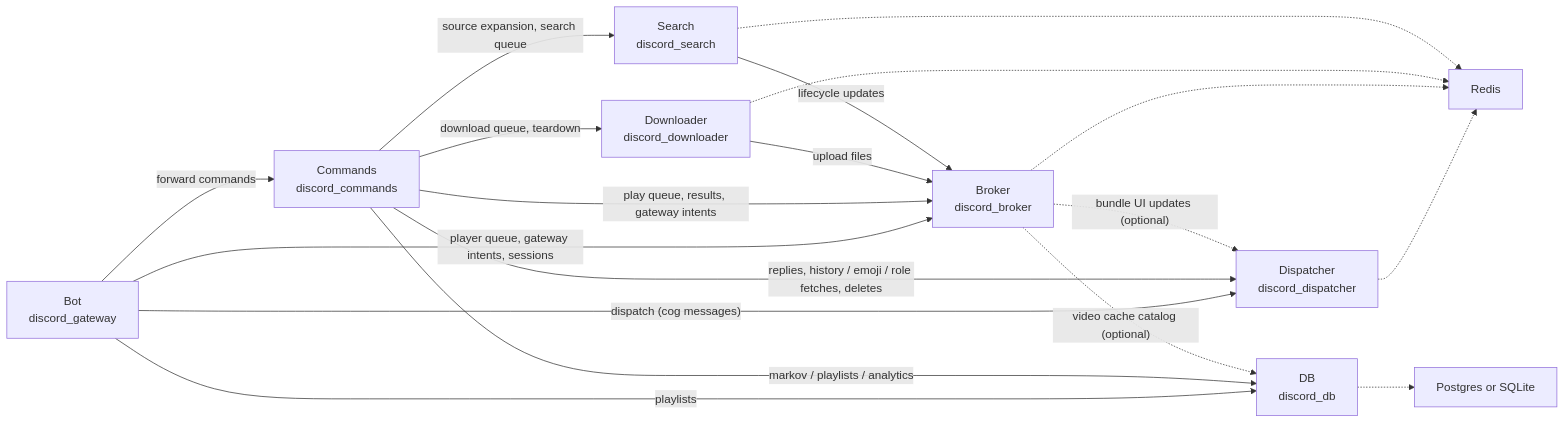
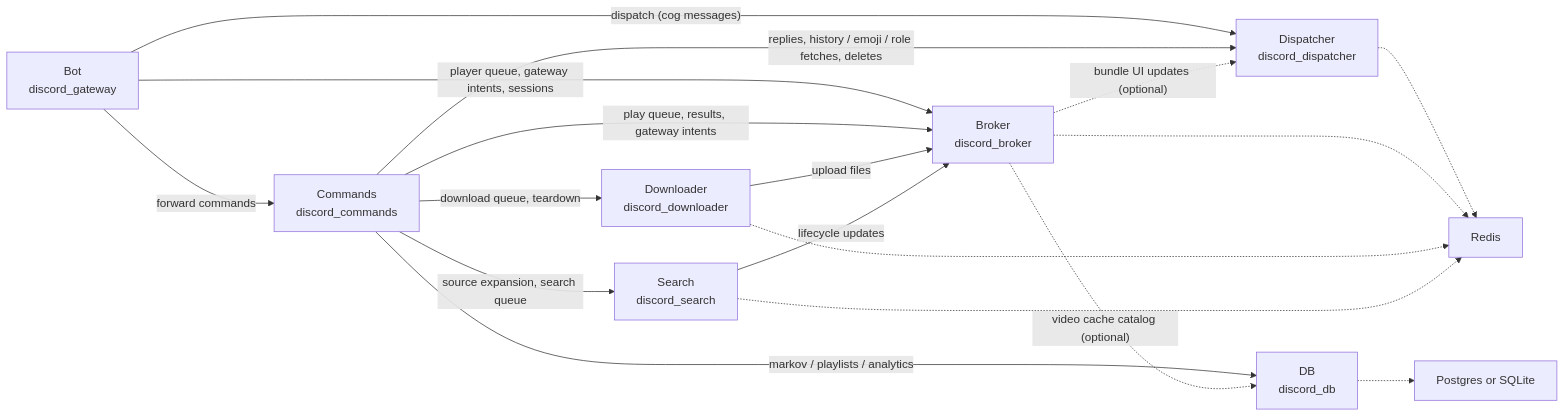
One commit to tnoff/discord-bot changed the diagram in docs/architecture.md. Above: the diagram before and after it, drawn with Mermaid. The commit also changed other lines of this file and 40 other files, not shown here.

````diff
--- a/docs/architecture.md
+++ b/docs/architecture.md
@@ -37,32 +36,31 @@
 ```mermaid
 flowchart LR
     BOT["Bot<br/>discord_gateway"]
     COMMANDS["Commands<br/>discord_commands"]
     DISPATCHER["Dispatcher<br/>discord_dispatcher"]
     BROKER["Broker<br/>discord_broker"]
     DB["DB<br/>discord_db"]
     DOWNLOADER["Downloader<br/>discord_downloader"]
     SEARCH["Search<br/>discord_search"]
     REDIS["Redis"]
     DATABASE["Postgres or SQLite"]
 
     BOT -->|"dispatch (cog messages)"| DISPATCHER
     BOT -->|forward commands| COMMANDS
     BOT -->|"player queue, gateway intents, sessions"| BROKER
-    BOT -->|playlists| DB
     COMMANDS -->|"replies, history / emoji / role fetches, deletes"| DISPATCHER
     COMMANDS -->|"markov / playlists / analytics"| DB
     COMMANDS -->|"play queue, results, gateway intents"| BROKER
     COMMANDS -->|"source expansion, search queue"| SEARCH
     COMMANDS -->|"download queue, teardown"| DOWNLOADER
     DOWNLOADER -->|upload files| BROKER
     SEARCH -->|lifecycle updates| BROKER
     BROKER -.->|"bundle UI updates (optional)"| DISPATCHER
     BROKER -.->|"video cache catalog (optional)"| DB
 
     DISPATCHER -.-> REDIS
     BROKER -.-> REDIS
     DOWNLOADER -.-> REDIS
     SEARCH -.-> REDIS
     DB -.-> DATABASE
 ```
````
